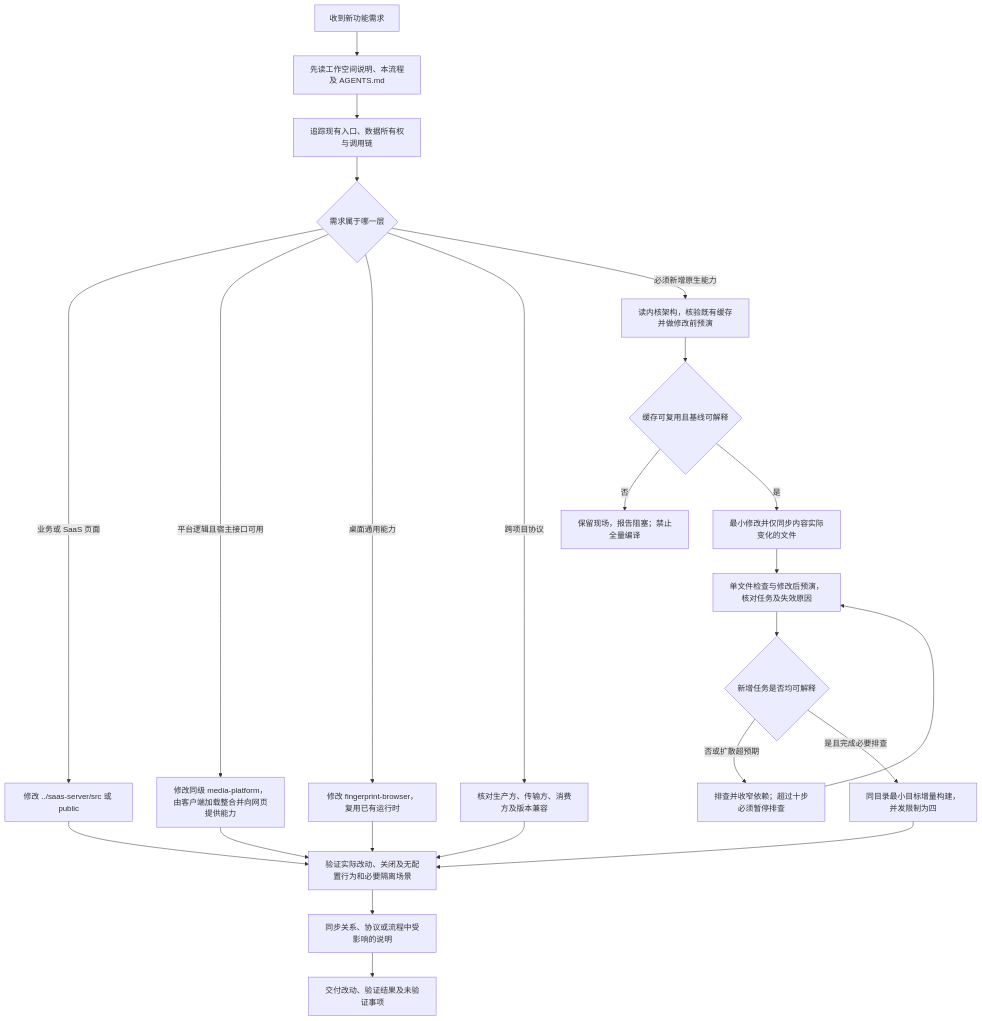
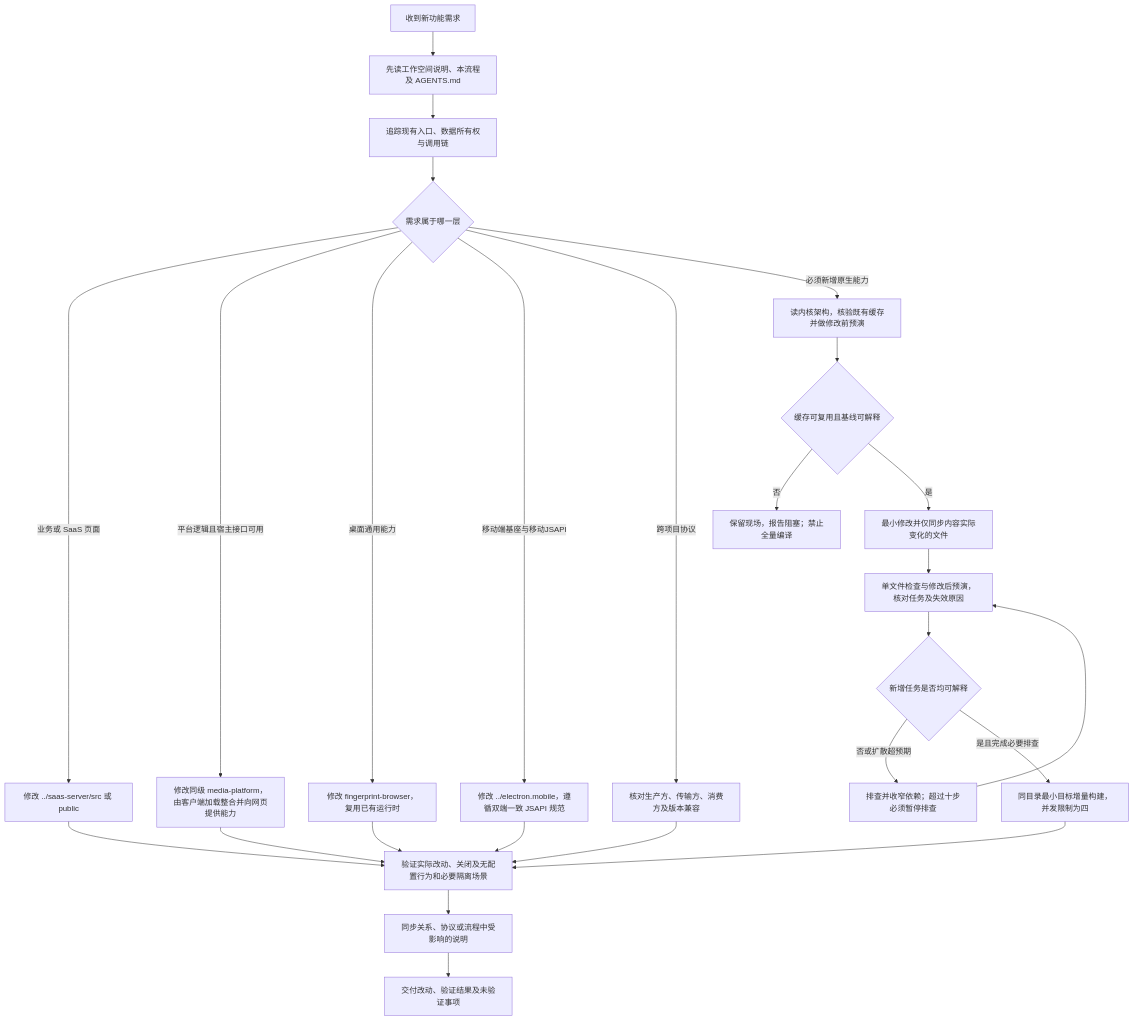
The fifth of 5 diagrams in docs/项目关系与开发流程.md (gplwzz1989/electron.fingerprint), drawn with Mermaid before and after one commit. The commit also changed other lines of this file and 7 other files, not shown here.

````diff
--- a/docs/项目关系与开发流程.md
+++ b/docs/项目关系与开发流程.md
@@ -114,26 +124,28 @@
 ```mermaid
 flowchart TD
     需求[收到新功能需求] --> 阅读[先读工作空间说明、本流程及 AGENTS.md]
     阅读 --> 定位[追踪现有入口、数据所有权与调用链]
     定位 --> 分层{需求属于哪一层}
     分层 -->|业务或 SaaS 页面| 业务[修改 ../saas-server/src 或 public]
     分层 -->|平台逻辑且宿主接口可用| 平台[修改同级 media-platform，由客户端加载整合并向网页提供能力]
     分层 -->|桌面通用能力| 桌面[修改 fingerprint-browser，复用已有运行时]
+    分层 -->|移动端基座与移动JSAPI| 移动[修改 ../electron.mobile，遵循双端一致 JSAPI 规范]
     分层 -->|跨项目协议| 协议[核对生产方、传输方、消费方及版本兼容]
     分层 -->|必须新增原生能力| 原生[读内核架构，核验既有缓存并做修改前预演]
     原生 --> 基线{缓存可复用且基线可解释}
     基线 -->|否| 停止[保留现场，报告阻塞；禁止全量编译]
     基线 -->|是| 局部[最小修改并仅同步内容实际变化的文件]
     局部 --> 预演[单文件检查与修改后预演，核对任务及失效原因]
     预演 --> 安全{新增任务是否均可解释}
     安全 -->|否或扩散超预期| 收窄[排查并收窄依赖；超过十步必须暂停排查]
     收窄 --> 预演
     安全 -->|是且完成必要排查| 编译[同目录最小目标增量构建，并发限制为四]
     业务 --> 验证[验证实际改动、关闭及无配置行为和必要隔离场景]
     平台 --> 验证
     桌面 --> 验证
+    移动 --> 验证
     协议 --> 验证
     编译 --> 验证
     验证 --> 文档[同步关系、协议或流程中受影响的说明]
     文档 --> 交付[交付改动、验证结果及未验证事项]
 ```
````
